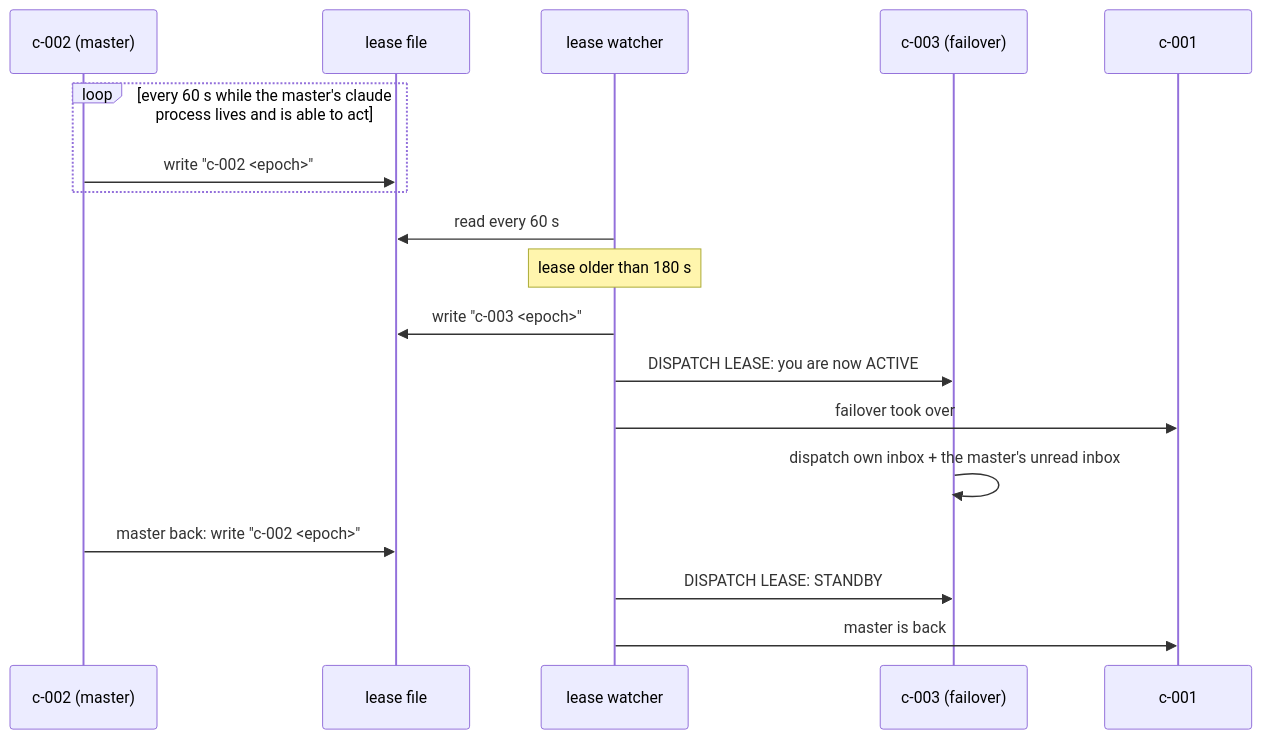
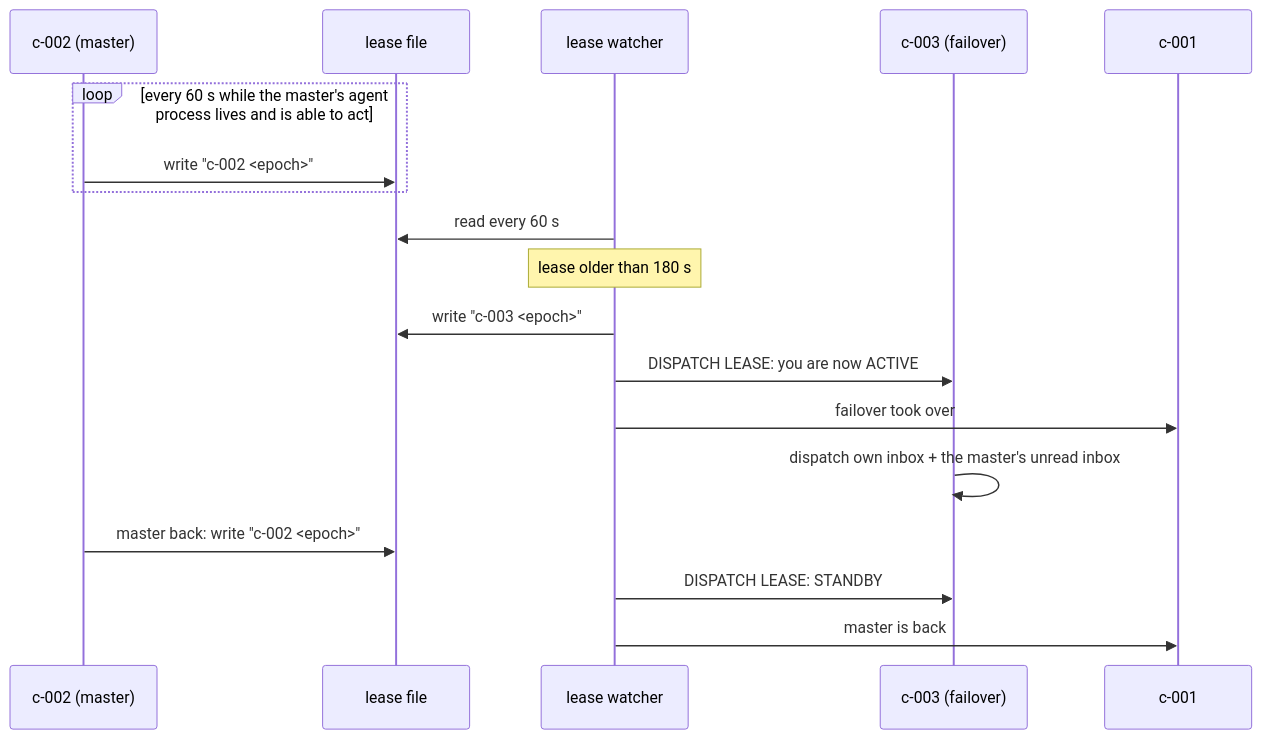
Before and after one commit to csitea/csi-spl: the diagram in csi-spl-doc/doc/md/SPEC-spool-fleet-roles.md, drawn with Mermaid. The commit also changed other lines of this file and 5 other files, not shown here.

````diff
--- a/csi-spl-doc/doc/md/SPEC-spool-fleet-roles.md
+++ b/csi-spl-doc/doc/md/SPEC-spool-fleet-roles.md
@@ -277,20 +277,20 @@
 ```mermaid
 sequenceDiagram
     participant M as c-002 (master)
     participant L as lease file
     participant W as lease watcher
     participant F as c-003 (failover)
     participant O as c-001
-    loop every 60 s while the master's claude process lives and is able to act
+    loop every 60 s while the master's agent process lives and is able to act
         M->>L: write "c-002 <epoch>"
     end
     W->>L: read every 60 s
     Note over W: lease older than 180 s
     W->>L: write "c-003 <epoch>"
     W->>F: DISPATCH LEASE: you are now ACTIVE
     W->>O: failover took over
     F->>F: dispatch own inbox + the master's unread inbox
     M->>L: master back: write "c-002 <epoch>"
     W->>F: DISPATCH LEASE: STANDBY
     W->>O: master is back
 ```
````
